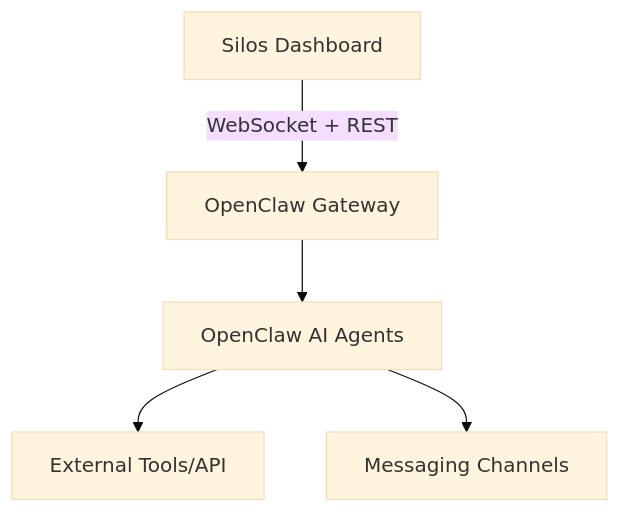
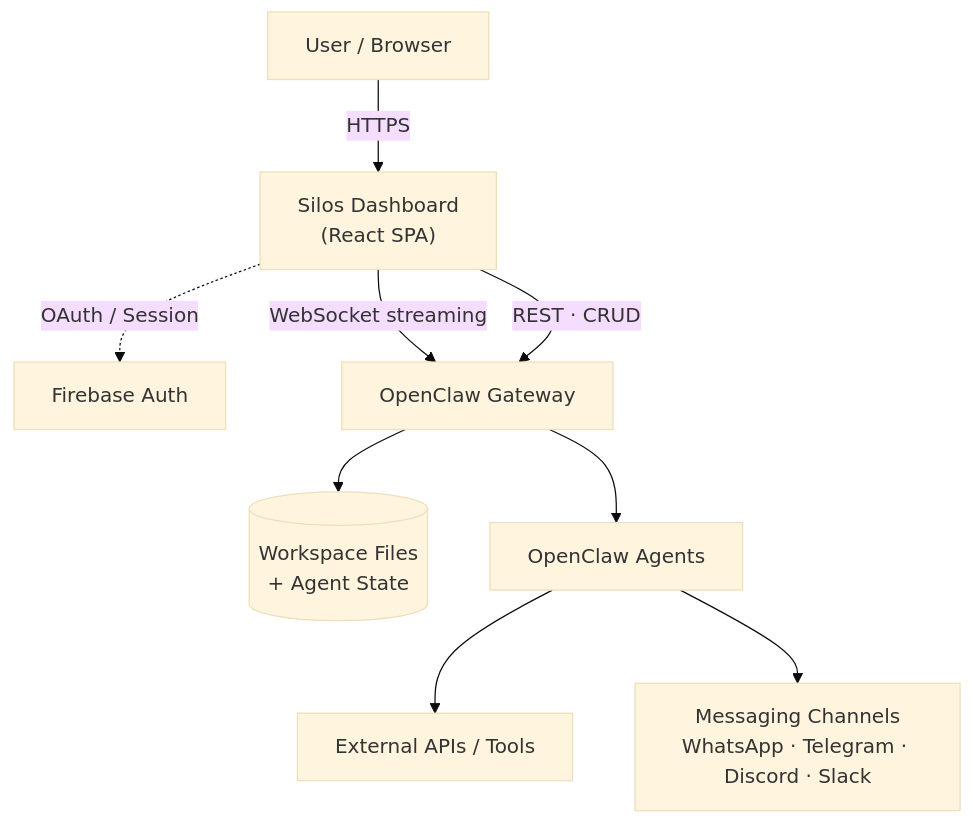
The diagram in README.md (cheapestinference/silos), drawn with Mermaid (base theme) before and after one commit. The commit also changed other lines of this file, not shown here.

First line of the commit message:
docs: polish README — reorganize badges, enrich architecture diagram, tighten Quick Start

````diff
--- a/README.md
+++ b/README.md
@@ -81,7 +84,20 @@
 ```mermaid
 graph TD
-    A[Silos Dashboard] -->|WebSocket + REST| B[OpenClaw Gateway]
-    B --> C[OpenClaw AI Agents]
-    C --> D[External Tools/API]
-    C --> E[Messaging Channels]
+    U[User / Browser]
+    A["Silos Dashboard<br/>(React SPA)"]
+    F[Firebase Auth]
+    B[OpenClaw Gateway]
+    W[("Workspace Files<br/>+ Agent State")]
+    C[OpenClaw Agents]
+    T[External APIs / Tools]
+    CH["Messaging Channels<br/>WhatsApp · Telegram · Discord · Slack"]
+
+    U -->|HTTPS| A
+    A -.->|OAuth / Session| F
+    A -->|WebSocket streaming| B
+    A -->|REST · CRUD| B
+    B --> W
+    B --> C
+    C --> T
+    C --> CH
 ```
````
